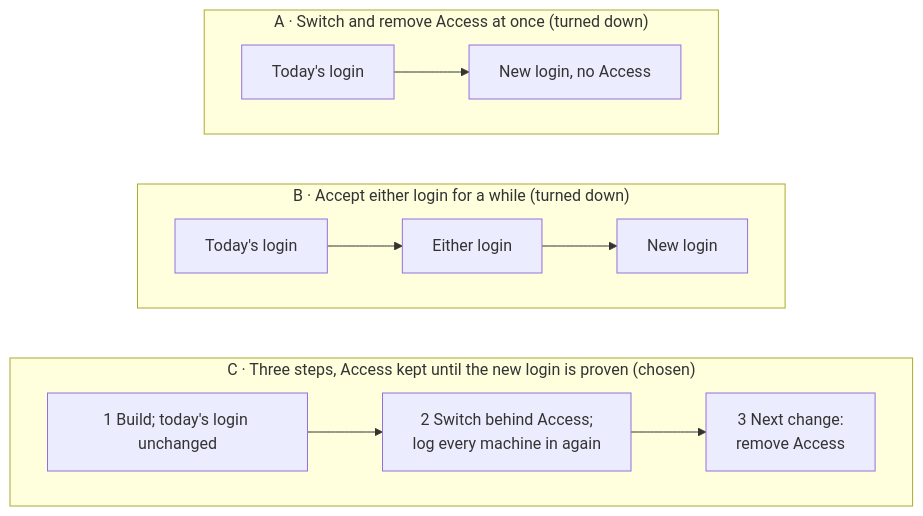
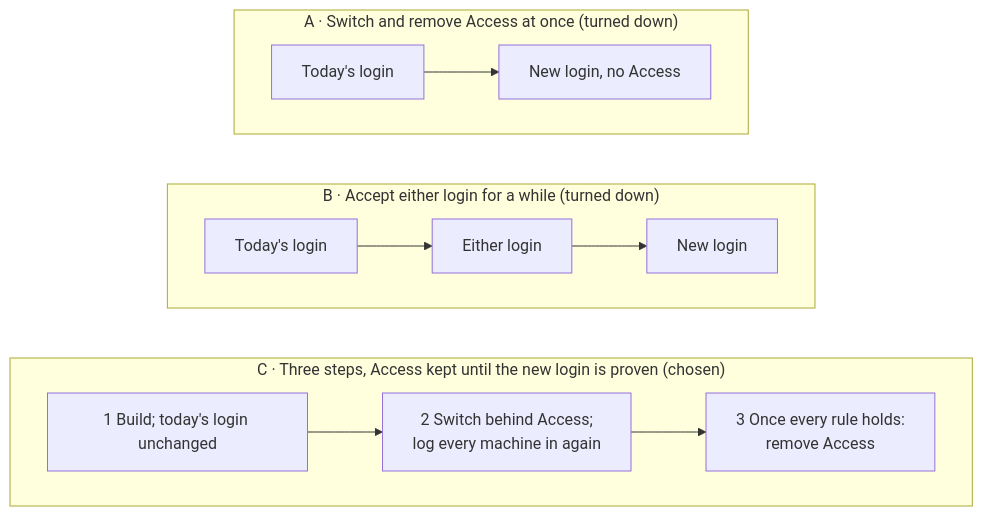
One commit to ShravanSunder/agent-vm changed diagram 14 of 16 in docs/specs/2026-10-24-agent-identity/alternatives.md. Above: the diagram before and after it, drawn with Mermaid. The commit also changed 28 other files, not shown here.

Commit message:
OD11 decided (owner, 2026-10-28): today's behavior inside the organization between the switch and the second cut; U34/R43 step 3 once every rule holds; Program Design names the sign-in JC1-to-JC2 window; plan and decision page updated

````diff
--- a/docs/specs/2026-10-24-agent-identity/alternatives.md
+++ b/docs/specs/2026-10-24-agent-identity/alternatives.md
@@ -435,16 +435,16 @@
 ```mermaid
 flowchart TB
   subgraph A["A · Switch and remove Access at once (turned down)"]
     direction LR
     A1["Today's login"] --> A2["New login, no Access"]
   end
   subgraph B["B · Accept either login for a while (turned down)"]
     direction LR
     B1["Today's login"] --> B2["Either login"] --> B3["New login"]
   end
   subgraph C["C · Three steps, Access kept until the new login is proven (chosen)"]
     direction LR
-    C1["1 Build; today's login unchanged"] --> C2["2 Switch behind Access;<br/>log every machine in again"] --> C3["3 Next change:<br/>remove Access"]
+    C1["1 Build; today's login unchanged"] --> C2["2 Switch behind Access;<br/>log every machine in again"] --> C3["3 Once every rule holds:<br/>remove Access"]
   end
   A ~~~ B ~~~ C
 ```
````
